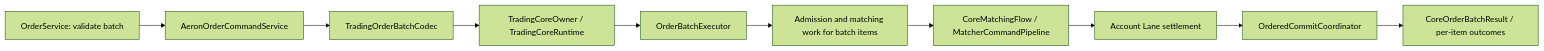
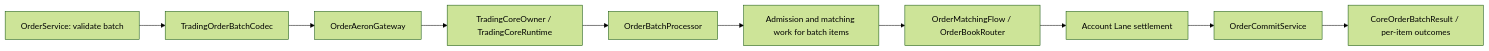
The sixth of 15 diagrams in README.md (lilaizhencn/surprising-ex), drawn with Mermaid (forest theme) before and after one commit. The commit also changed other lines of this file and 14 other files, not shown here.

First line of the commit message:
docs(aeron): align architecture docs with the current order path

````diff
--- a/README.md
+++ b/README.md
@@ -182,12 +181,12 @@
 ```mermaid
 flowchart LR
-    OS[OrderService: validate batch] --> ACS[AeronOrderCommandService]
-    ACS --> Codec[TradingOrderBatchCodec]
-    Codec --> Owner[TradingCoreOwner / TradingCoreRuntime]
-    Owner --> Batch[OrderBatchExecutor]
+    OS[OrderService: validate batch] --> Codec[TradingOrderBatchCodec]
+    Codec --> Gateway[OrderAeronGateway]
+    Gateway --> Owner[TradingCoreOwner / TradingCoreRuntime]
+    Owner --> Batch[OrderBatchProcessor]
     Batch --> Slots[Admission and matching work for batch items]
-    Slots --> Matching[CoreMatchingFlow / MatcherCommandPipeline]
+    Slots --> Matching[OrderMatchingFlow / OrderBookRouter]
     Matching --> Lanes[Account Lane settlement]
-    Lanes --> Commit[OrderedCommitCoordinator]
+    Lanes --> Commit[OrderCommitService]
     Commit --> Response[CoreOrderBatchResult / per-item outcomes]
 ```
````
